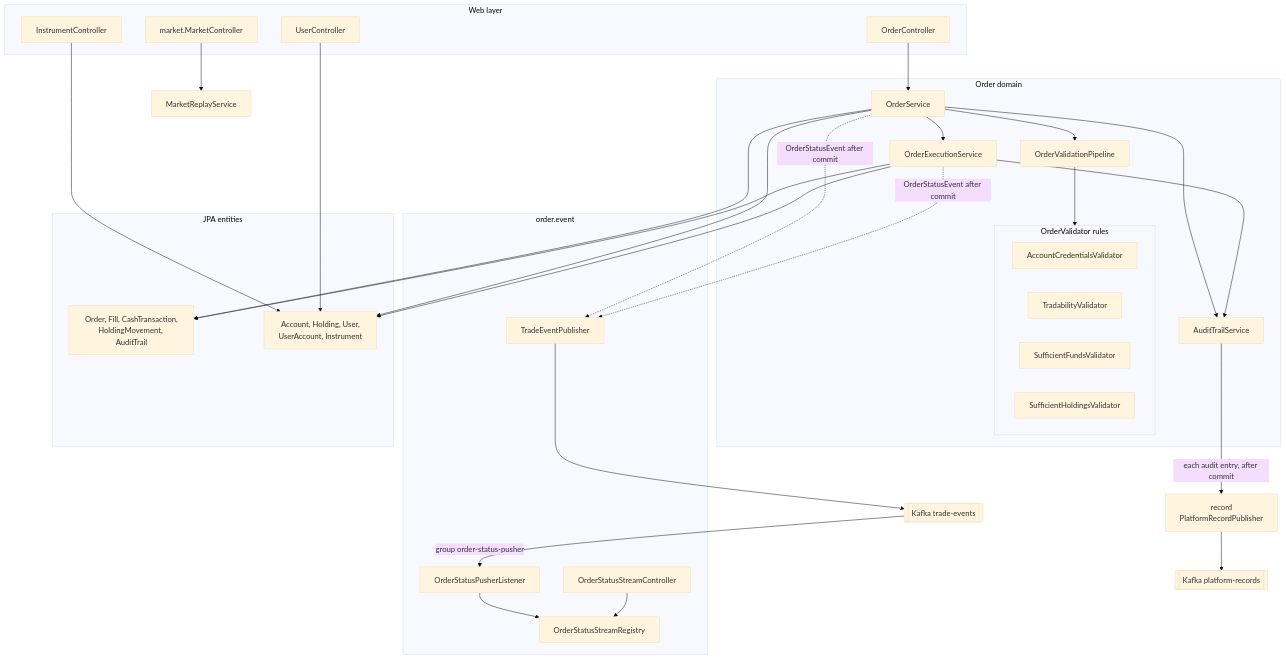
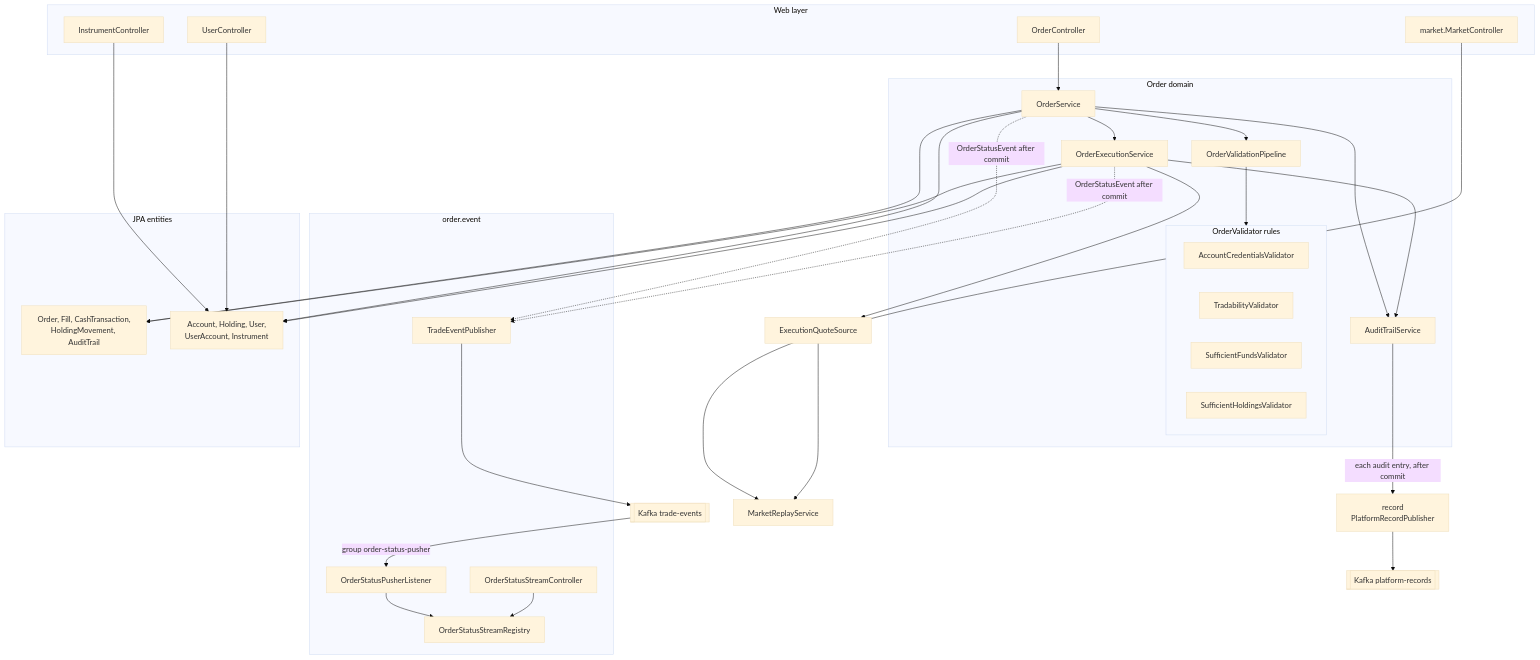
One commit to seankcheema/trading-season changed the first of 3 diagrams in apps/order-and-sell-service/README.md. Above: the diagram before and after it, drawn with Mermaid (base theme). The commit also changed other lines of this file and 243 other files, not shown here.

````diff
--- a/apps/order-and-sell-service/README.md
+++ b/apps/order-and-sell-service/README.md
@@ -42,54 +45,56 @@
 ```mermaid
 flowchart TB
     subgraph Web["Web layer"]
         OC[OrderController]
         IC[InstrumentController]
         UC[UserController]
         MC[market.MarketController]
     end
     subgraph Domain["Order domain"]
         OS[OrderService]
         VP[OrderValidationPipeline]
         subgraph Rules["OrderValidator rules"]
             V1[AccountCredentialsValidator]
             V2[TradabilityValidator]
             V3[SufficientFundsValidator]
             V4[SufficientHoldingsValidator]
         end
         OE[OrderExecutionService]
         AT[AuditTrailService]
     end
     subgraph Events["order.event"]
         TP[TradeEventPublisher]
         PL[OrderStatusPusherListener]
         SR[OrderStatusStreamRegistry]
         SC[OrderStatusStreamController]
     end
     PR["record<br/>PlatformRecordPublisher"]
     K[["Kafka trade-events"]]
     R[["Kafka platform-records"]]
     AT -- "each audit entry, after commit" --> PR --> R
     subgraph Data["JPA entities"]
         E1["Order, Fill, CashTransaction,<br/>HoldingMovement, AuditTrail"]
         E2["Account, Holding, User,<br/>UserAccount, Instrument"]
     end
     OC --> OS
     OS --> VP
     VP --> Rules
     OS --> OE
     OS --> AT
     OE --> AT
     OS --> E1
     OE --> E1
     OS --> E2
     OE --> E2
     IC --> E2
     UC --> E2
     MC --> MR[MarketReplayService]
+    OE --> QS[ExecutionQuoteSource]
+    QS --> MR
     OS -. "OrderStatusEvent after commit" .-> TP
     OE -. "OrderStatusEvent after commit" .-> TP
     TP --> K
     K -- "group order-status-pusher" --> PL
     PL --> SR
     SC --> SR
 ```
````
